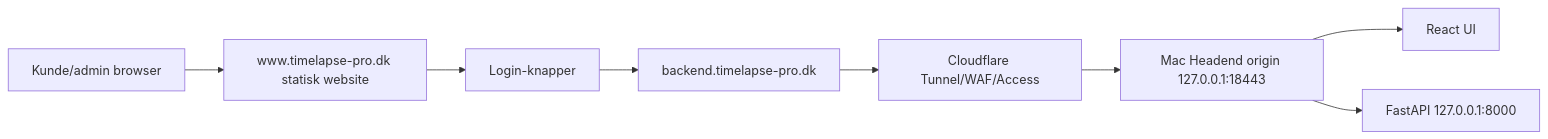
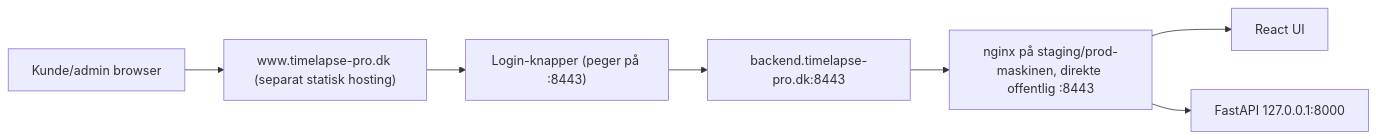
The diagram in Dokumentation/PORT_AUDIT_og_WEBSITE_v10.md (froekjaer/timelapse-pro), drawn with Mermaid before and after one commit. The commit also changed other lines of this file and 25 other files, not shown here.

Commit message:
docs+fix: batch-commit periodic checks #33-#85 (port arch 8443/DNS-01, Cloudflare Tunnel cleanup, break-glass support-access design, rd=valid TIMELAPSE_ENV, C-03 default-password SIEM warning)

````diff
--- a/Dokumentation/PORT_AUDIT_og_WEBSITE_v10.md
+++ b/Dokumentation/PORT_AUDIT_og_WEBSITE_v10.md
@@ -326,10 +353,9 @@
 ```mermaid
 flowchart LR
-    User["Kunde/admin browser"] --> WWW["www.timelapse-pro.dk statisk website"]
-    WWW --> Login["Login-knapper"]
-    Login --> Backend["backend.timelapse-pro.dk"]
-    Backend --> CF["Cloudflare Tunnel/WAF/Access"]
-    CF --> Origin["Mac Headend origin 127.0.0.1:18443"]
+    User["Kunde/admin browser"] --> WWW["www.timelapse-pro.dk (separat statisk hosting)"]
+    WWW --> Login["Login-knapper (peger på :8443)"]
+    Login --> Backend["backend.timelapse-pro.dk:8443"]
+    Backend --> Origin["nginx på staging/prod-maskinen, direkte offentlig :8443"]
     Origin --> UI["React UI"]
     Origin --> API["FastAPI 127.0.0.1:8000"]
 ```
````
